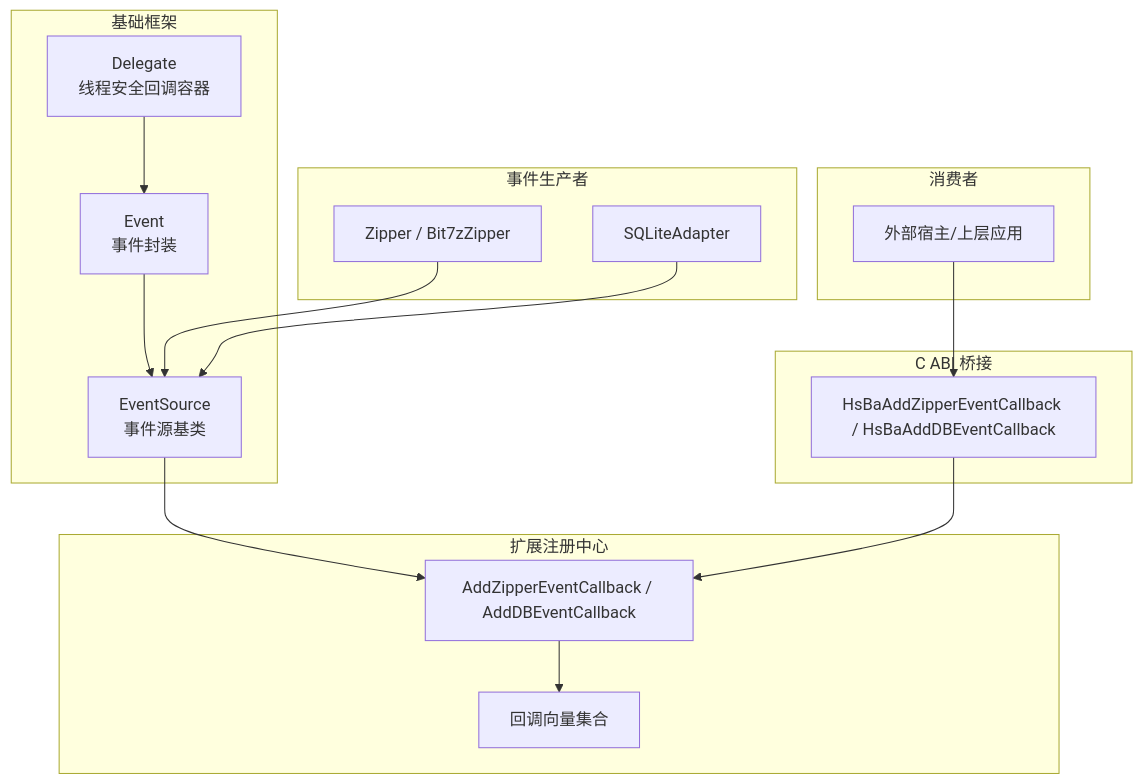
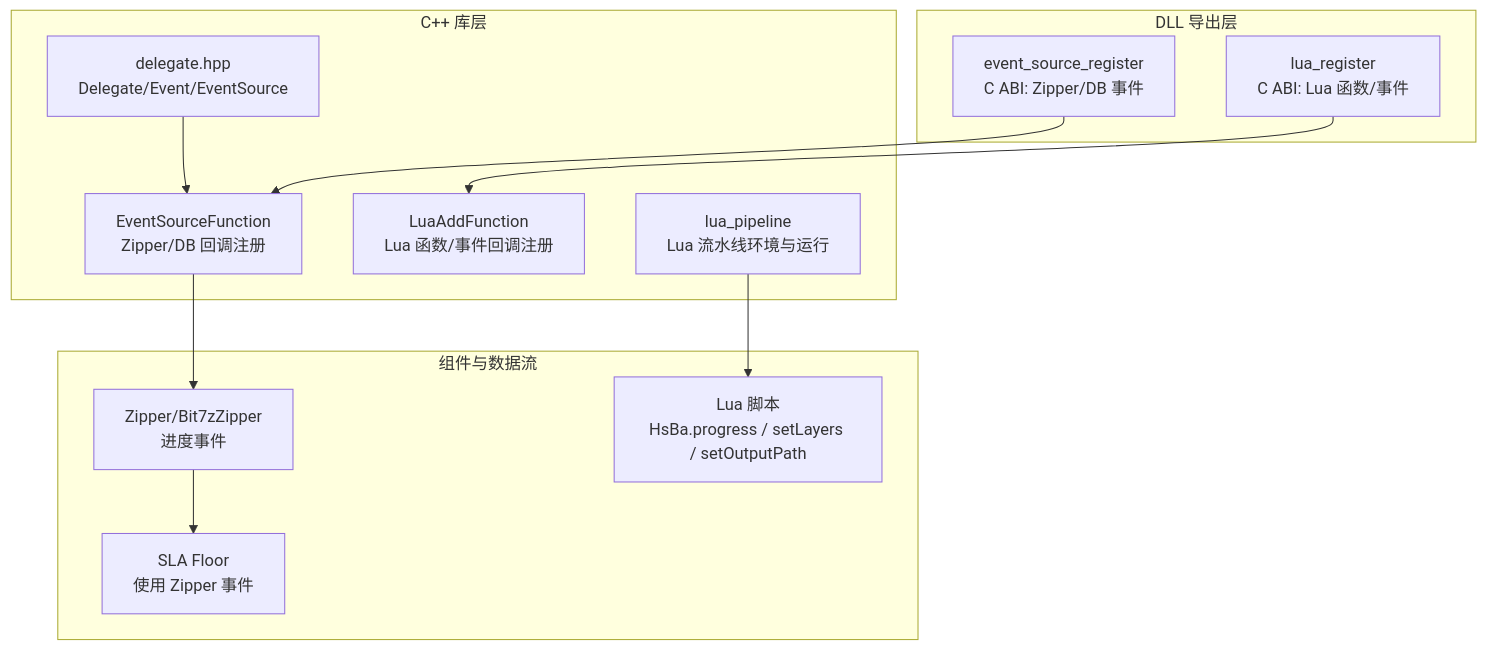
The first of 9 diagrams in .qoder/repowiki/zh/content/扩展开发指南/事件系统开发.md (hsmbanlance/HsBaSlicer), drawn with Mermaid before and after one commit. The commit also changed other lines of this file and 1135 other files, not shown here.

````diff
--- a/.qoder/repowiki/zh/content/扩展开发指南/事件系统开发.md
+++ b/.qoder/repowiki/zh/content/扩展开发指南/事件系统开发.md
@@ -40,28 +49,24 @@
 ```mermaid
 graph TB
-subgraph "基础框架"
-Delegate["Delegate<br/>线程安全回调容器"]
-Event["Event<br/>事件封装"]
-EventSource["EventSource<br/>事件源基类"]
+subgraph "C++ 库层"
+ESF["EventSourceFunction<br/>Zipper/DB 回调注册"]
+LAF["LuaAddFunction<br/>Lua 函数/事件回调注册"]
+LP["lua_pipeline<br/>Lua 流水线环境与运行"]
+DEL["delegate.hpp<br/>Delegate/Event/EventSource"]
 end
-subgraph "扩展注册中心"
-RegAPI["AddZipperEventCallback / AddDBEventCallback"]
-Callbacks["回调向量集合"]
+subgraph "DLL 导出层"
+ESR["event_source_register<br/>C ABI: Zipper/DB 事件"]
+LR["lua_register<br/>C ABI: Lua 函数/事件"]
 end
-subgraph "C ABI 桥接"
-CABI["HsBaAddZipperEventCallback / HsBaAddDBEventCallback"]
+subgraph "组件与数据流"
+ZIP["Zipper/Bit7zZipper<br/>进度事件"]
+SLA["SLA Floor<br/>使用 Zipper 事件"]
+LUA["Lua 脚本<br/>HsBa.progress / setLayers / setOutputPath"]
 end
-subgraph "事件生产者"
-Zipper["Zipper / Bit7zZipper"]
-SQL["SQLiteAdapter"]
-end
-subgraph "消费者"
-Host["外部宿主/上层应用"]
-end
-Delegate --> Event --> EventSource
-EventSource --> RegAPI --> Callbacks
-CABI --> RegAPI
-Zipper --> EventSource
-SQL --> EventSource
-Host --> CABI
+ESR --> ESF
+LR --> LAF
+ESF --> ZIP
+ZIP --> SLA
+LP --> LUA
+DEL --> ESF
 ```
````
